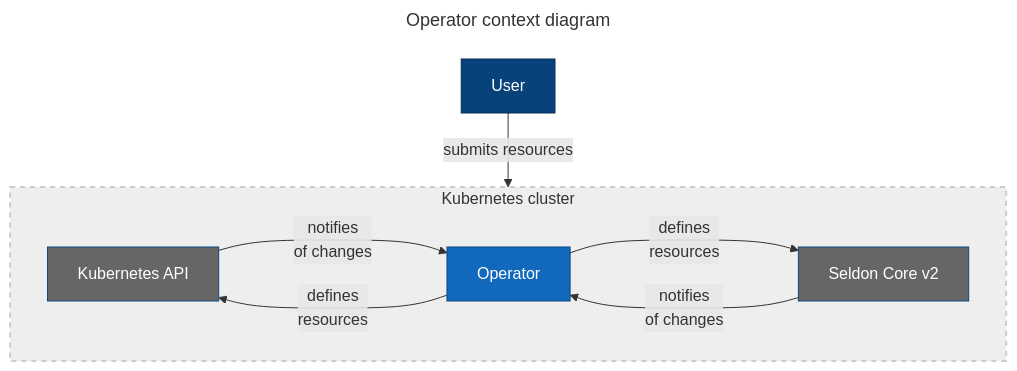
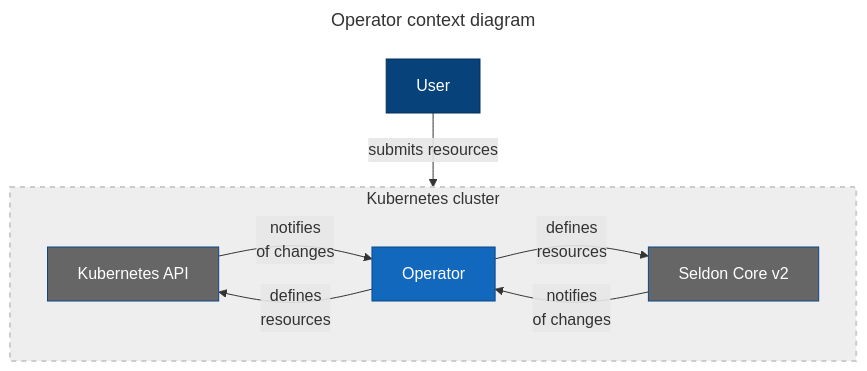
The diagram in docs/_drafts/scv2-operator-context.mmd (agrski/agrski.github.io), drawn with Mermaid before and after one commit.

Commit message:
Shorten edges of operator context diagram

```diff
--- a/docs/_drafts/scv2-operator-context.mmd
+++ b/docs/_drafts/scv2-operator-context.mmd
@@ -1,27 +1,27 @@
 ---
 title: Operator context diagram
 ---
 
 flowchart TD
   U["User"]
   K["Kubernetes API"]
   O["Operator"]
   C["Seldon Core v2"]
 
   U --> |"submits resources"| KC
   subgraph KC["Kubernetes cluster"]
-    K ---> |"notifies\nof changes"| O
-    O ---> |"defines\nresources"| C
-    O ---> |"defines\nresources"| K
-    C ---> |"notifies\nof changes"| O
+    K --> |"notifies\nof changes"| O
+    O --> |"defines\nresources"| C
+    O --> |"defines\nresources"| K
+    C --> |"notifies\nof changes"| O
   end
 
   classDef focusSystem      fill:#1168bd,stroke:#0b4884,color:#ffffff
   classDef supportingSystem fill:#666,stroke:#0b4884,color:#ffffff
   classDef consumingSystem  fill:#08427b,stroke:#052e56,color:#ffffff
   classDef systemBoundary   fill:#eee,stroke:#ccc,stroke-width:2px,stroke-dasharray: 5 5
 
   class O focusSystem
   class K,C supportingSystem
   class U consumingSystem
   class KC systemBoundary
```
